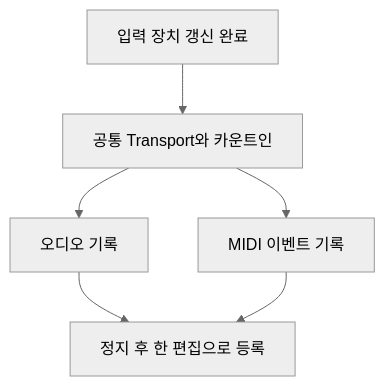
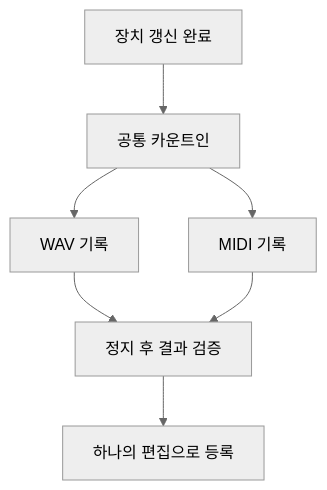
One commit to whizzkid1452/blog changed the first of 2 diagrams in content/posts/ayotbi-recording-rendering.md. Above: the diagram before and after it, drawn with Mermaid (neutral theme). The commit also changed other lines of this file and 23 other files, not shown here.

````diff
--- a/content/posts/ayotbi-recording-rendering.md
+++ b/content/posts/ayotbi-recording-rendering.md
@@ -27,8 +45,9 @@
 ```mermaid
 flowchart TD
-    D["입력 장치 갱신 완료"] --> T["공통 Transport와 카운트인"]
-    T --> A["오디오 기록"]
-    T --> M["MIDI 이벤트 기록"]
-    A --> C["정지 후 한 편집으로 등록"]
-    M --> C
+    D["장치 갱신 완료"] --> T["공통 카운트인"]
+    T --> A["WAV 기록"]
+    T --> M["MIDI 기록"]
+    A --> Z["정지 후 결과 검증"]
+    M --> Z
+    Z --> C["하나의 편집으로 등록"]
 ```
````
